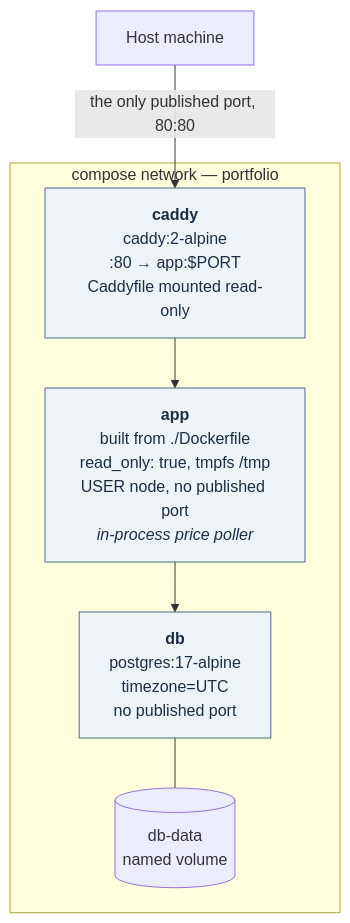
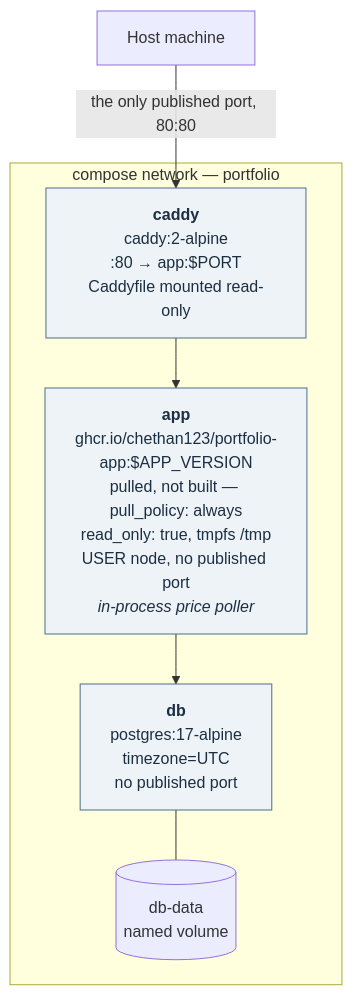
Before and after one commit to chethan123/portfolio: the second of 10 diagrams in ARCHITECTURE.md, drawn with Mermaid. The commit also changed other lines of this file and 12 other files, not shown here.

First line of the commit message:
Publish the app image to GHCR and pull it instead of building on the host

````diff
--- a/ARCHITECTURE.md
+++ b/ARCHITECTURE.md
@@ -107,19 +110,19 @@
 ```mermaid
 graph TB
     host["Host machine"]
 
     subgraph compose["compose network — portfolio"]
         caddy["<b>caddy</b><br/>caddy:2-alpine<br/>:80 → app:$PORT<br/>Caddyfile mounted read-only"]
-        app["<b>app</b><br/>built from ./Dockerfile<br/>read_only: true, tmpfs /tmp<br/>USER node, no published port<br/><i>in-process price poller</i>"]
+        app["<b>app</b><br/>ghcr.io/chethan123/portfolio-app:$APP_VERSION<br/>pulled, not built — pull_policy: always<br/>read_only: true, tmpfs /tmp<br/>USER node, no published port<br/><i>in-process price poller</i>"]
         db["<b>db</b><br/>postgres:17-alpine<br/>timezone=UTC<br/>no published port"]
         vol[("db-data<br/>named volume")]
     end
 
     host -->|"the only published port, 80:80"| caddy
     caddy --> app
     app --> db
     db --- vol
 
     classDef svc fill:#eef3f8,stroke:#4a6d8c,color:#1c2f42
     class caddy,app,db svc
 ```
````
